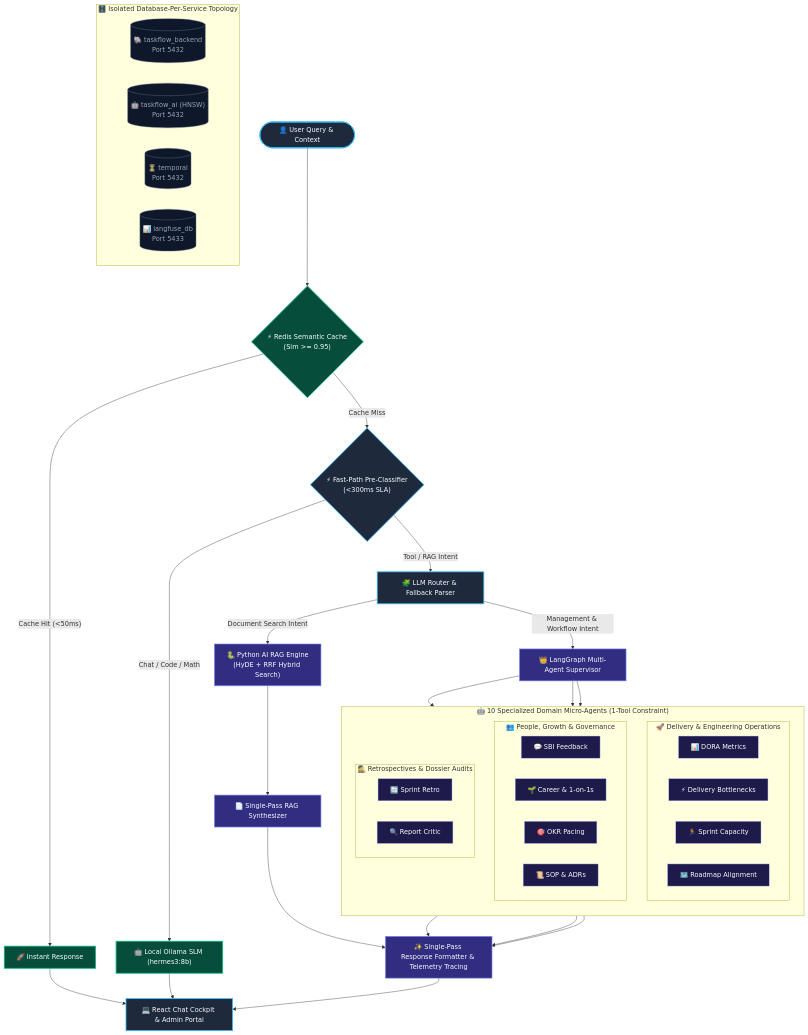
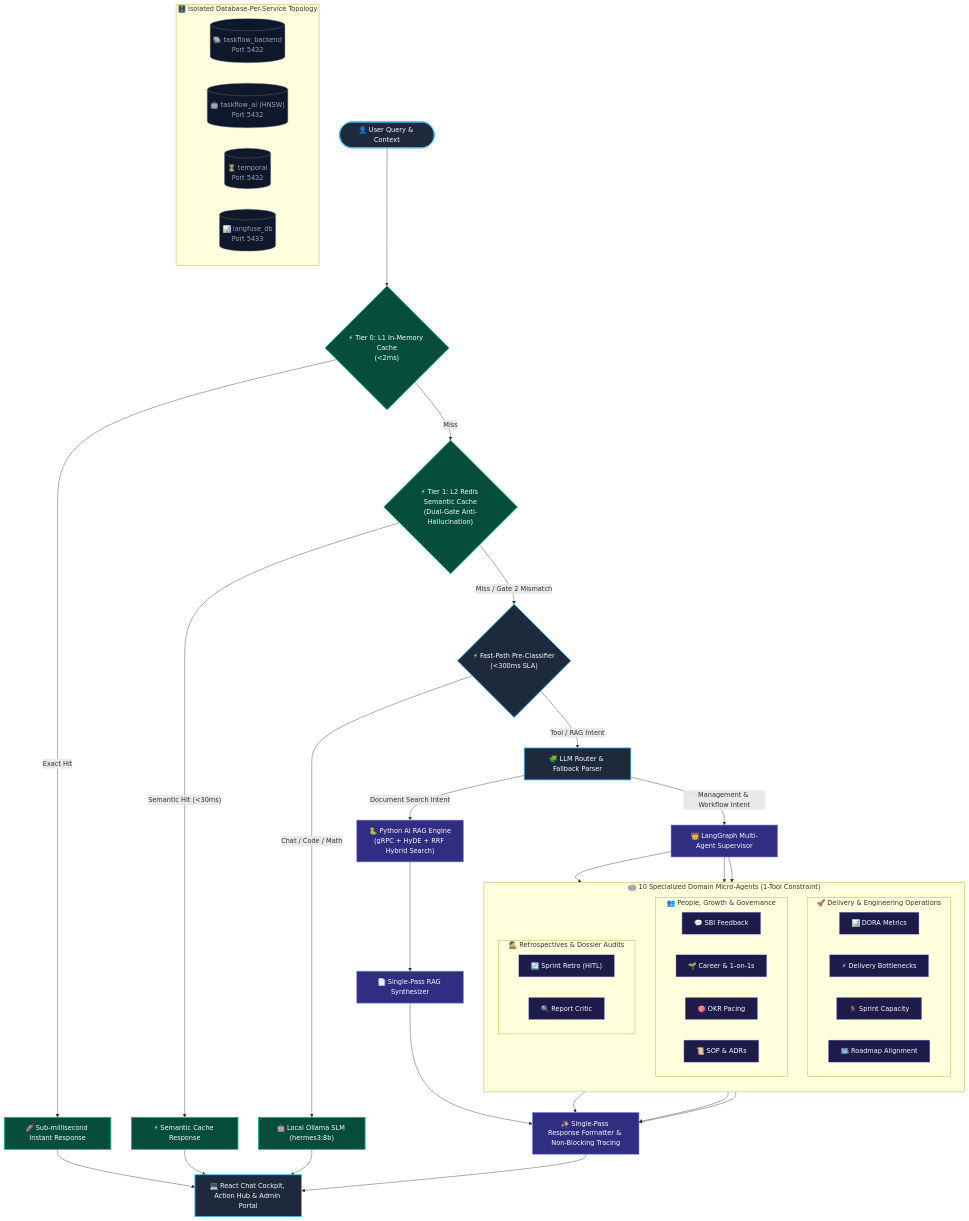
Before and after one commit to logsv/em-taskflow-ai: the diagram in docs/architecture/high-level-design.md, drawn with Mermaid. The commit also changed other lines of this file and 22 other files, not shown here.

Commit message:
docs: update REST API documentation and add comprehensive Admin Portal guides and autonomous job architectural specs.

````diff
--- a/docs/architecture/high-level-design.md
+++ b/docs/architecture/high-level-design.md
@@ -9,65 +9,69 @@
 ```mermaid
 flowchart TD
     classDef primary fill:#1e293b,stroke:#38bdf8,stroke-width:2px,color:#f8fafc;
     classDef fast fill:#064e3b,stroke:#10b981,stroke-width:2px,color:#f8fafc;
     classDef core fill:#312e81,stroke:#818cf8,stroke-width:1.5px,color:#f8fafc;
     classDef agent fill:#1e1b4b,stroke:#a5b4fc,stroke-width:1px,color:#f8fafc;
     classDef storage fill:#0f172a,stroke:#64748b,stroke-width:1px,color:#94a3b8;
 
-    User(["👤 User Query & Context"]):::primary --> RedisCache{"⚡ Redis Semantic Cache<br/>(Sim >= 0.95)"}:::fast
+    User(["👤 User Query & Context"]):::primary --> ExactCache{"⚡ Tier 0: L1 In-Memory Cache<br/>(<2ms)"}:::fast
     
-    RedisCache -->|"Cache Hit (<50ms)"| FastResp["🚀 Instant Response"]:::fast
-    RedisCache -->|"Cache Miss"| FastPath{"⚡ Fast-Path Pre-Classifier<br/>(<300ms SLA)"}:::primary
+    ExactCache -->|"Exact Hit"| FastResp0["🚀 Sub-millisecond Instant Response"]:::fast
+    ExactCache -->|"Miss"| SemanticCache{"⚡ Tier 1: L2 Redis Semantic Cache<br/>(Dual-Gate Anti-Hallucination)"}:::fast
+    
+    SemanticCache -->|"Semantic Hit (<30ms)"| FastResp1["⚡ Semantic Cache Response"]:::fast
+    SemanticCache -->|"Miss / Gate 2 Mismatch"| FastPath{"⚡ Fast-Path Pre-Classifier<br/>(<300ms SLA)"}:::primary
 
     FastPath -->|"Chat / Code / Math"| DirectLLM["🤖 Local Ollama SLM (hermes3:8b)"]:::fast
     FastPath -->|"Tool / RAG Intent"| Router["🧩 LLM Router & Fallback Parser"]:::primary
 
-    Router -->|"Document Search Intent"| RAGService["🐍 Python AI RAG Engine<br/>(HyDE + RRF Hybrid Search)"]:::core
+    Router -->|"Document Search Intent"| RAGService["🐍 Python AI RAG Engine<br/>(gRPC + HyDE + RRF Hybrid Search)"]:::core
     Router -->|"Management & Workflow Intent"| Supervisor["👑 LangGraph Multi-Agent Supervisor"]:::core
 
     RAGService --> Synthesizer["📄 Single-Pass RAG Synthesizer"]:::core
 
     subgraph AgentsGroup ["🤖 10 Specialized Domain Micro-Agents (1-Tool Constraint)"]
         direction TB
         subgraph OpsCluster ["🚀 Delivery & Engineering Operations"]
             direction LR
             DORA["📊 DORA Metrics"]:::agent
             Delivery["⚡ Delivery Bottlenecks"]:::agent
             Sprint["🏃 Sprint Capacity"]:::agent
             Roadmap["🗺️ Roadmap Alignment"]:::agent
         end
         subgraph PeopleCluster ["👥 People, Growth & Governance"]
             direction LR
             SBI["💬 SBI Feedback"]:::agent
             People["🌱 Career & 1-on-1s"]:::agent
             OKR["🎯 OKR Pacing"]:::agent
             SOP["📜 SOP & ADRs"]:::agent
         end
         subgraph AuditCluster ["🕵️ Retrospectives & Dossier Audits"]
             direction LR
-            Retro["🔄 Sprint Retro"]:::agent
+            Retro["🔄 Sprint Retro (HITL)"]:::agent
             Critic["🔍 Report Critic"]:::agent
         end
     end
 
     Supervisor --> OpsCluster
     Supervisor --> PeopleCluster
     Supervisor --> AuditCluster
 
-    Synthesizer --> Formatter["✨ Single-Pass Response Formatter & Telemetry Tracing"]:::core
+    Synthesizer --> Formatter["✨ Single-Pass Response Formatter & Non-Blocking Tracing"]:::core
     OpsCluster --> Formatter
     PeopleCluster --> Formatter
     AuditCluster --> Formatter
 
-    DirectLLM --> UICockpit["💻 React Chat Cockpit & Admin Portal"]:::primary
-    FastResp --> UICockpit
+    DirectLLM --> UICockpit["💻 React Chat Cockpit, Action Hub & Admin Portal"]:::primary
+    FastResp0 --> UICockpit
+    FastResp1 --> UICockpit
     Formatter --> UICockpit
 
     subgraph DBCluster ["🗄️ Isolated Database-Per-Service Topology"]
         direction LR
         DB_Backend[("🐘 taskflow_backend<br/>Port 5432")]:::storage
         DB_AI[("🤖 taskflow_ai (HNSW)<br/>Port 5432")]:::storage
         DB_Temporal[("⏳ temporal<br/>Port 5432")]:::storage
         DB_Langfuse[("📊 langfuse_db<br/>Port 5433")]:::storage
     end
 ```
````
